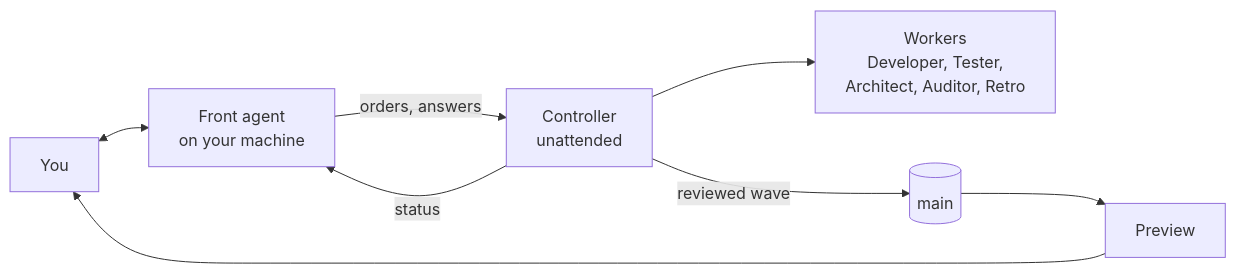
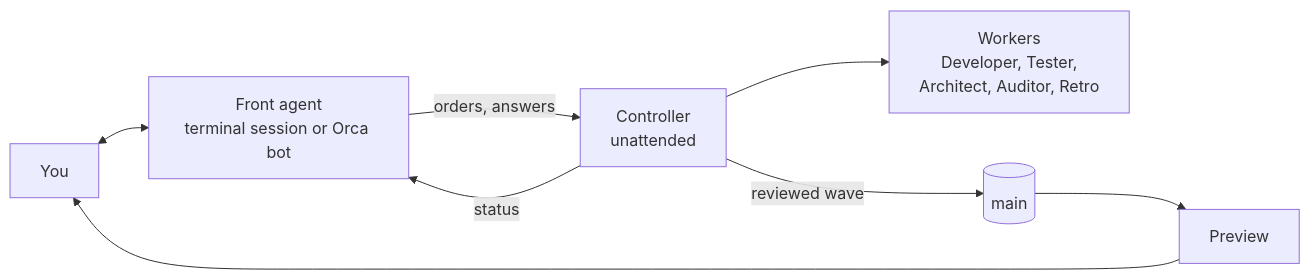
Before and after one commit to bussard76/agentic-factory: the diagram in README.md, drawn with Mermaid. The commit also changed other lines of this file and 1 other file, not shown here.

First line of the commit message:
Bring the README up to date: bot Front agent, own gate, heartbeat, cleanup, what has run for real

````diff
--- a/README.md
+++ b/README.md
@@ -20,10 +28,10 @@
 ```mermaid
 flowchart LR
-  H[You] <--> F[Front agent<br/>on your machine]
+  H[You] <--> F[Front agent<br/>terminal session or Orca bot]
   F -- orders, answers --> C[Controller<br/>unattended]
   C -- status --> F
   C --> W[Workers<br/>Developer, Tester,<br/>Architect, Auditor, Retro]
   C -- reviewed wave --> M[(main)]
   M --> P[Preview]
   P --> H
 ```
````
